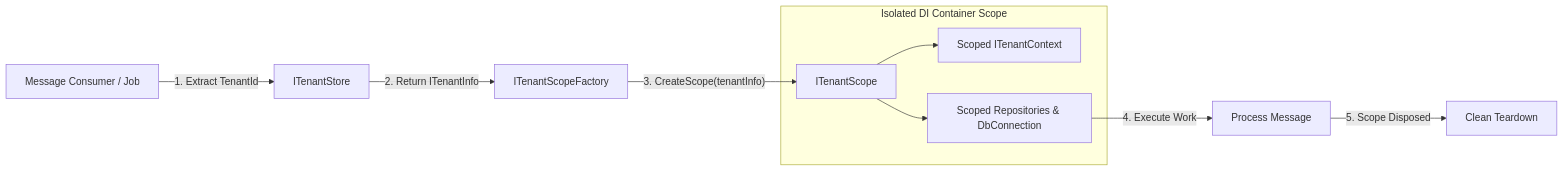
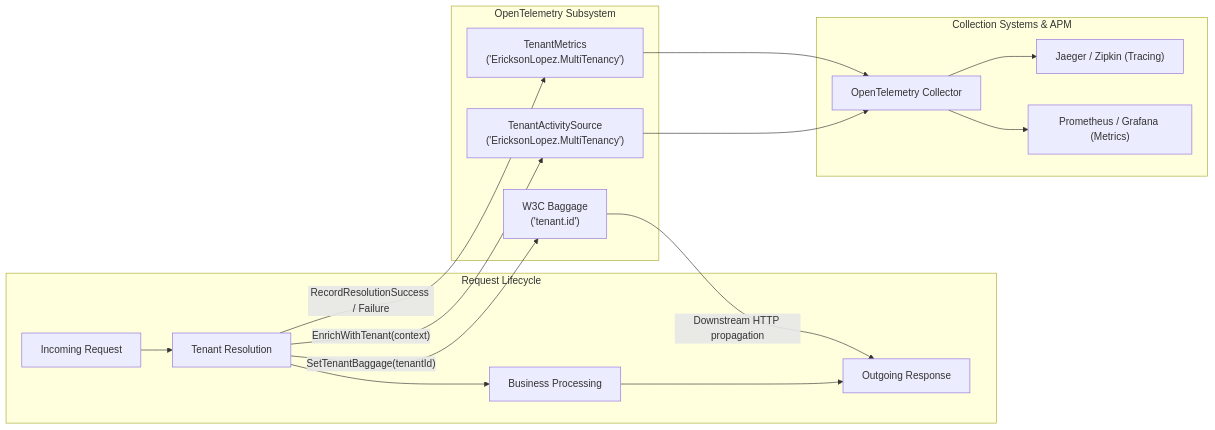
One commit to ericksonlopezf/dotnet-multitenancy changed the sixth of 7 diagrams in docs/diagrams.md. Above: the diagram before and after it, drawn with Mermaid. The commit also changed other lines of this file and 230 other files, not shown here.

Commit message:
feat!: implement multi-tier hierarchy, session invariants, and fail-closed resolution

````diff
--- a/docs/diagrams.md
+++ b/docs/diagrams.md
@@ -116,14 +241,31 @@
 ```mermaid
 flowchart LR
-    Consumer["Message Consumer / Job"] -->|"1. Extract TenantId"| Store["ITenantStore"]
-    Store -->|"2. Return ITenantInfo"| Factory["ITenantScopeFactory"]
-    Factory -->|"3. CreateScope(tenantInfo)"| Scope["ITenantScope"]
-    
-    subgraph IsolatedScope["Isolated DI Container Scope"]
-        Scope --> Context["Scoped ITenantContext"]
-        Scope --> Services["Scoped Repositories & DbConnection"]
+    subgraph Request["Request Lifecycle"]
+        In["Incoming Request"] --> Res["Tenant Resolution"]
+        Res --> Proc["Business Processing"]
+        Proc --> Out["Outgoing Response"]
     end
-    
-    Services -->|"4. Execute Work"| Process["Process Message"]
-    Process -->|"5. Scope Disposed"| Clean["Clean Teardown"]
+
+    subgraph TelemetrySubsystem["OpenTelemetry Subsystem"]
+        Source["TenantActivitySource\n('EricksonLopez.MultiTenancy')"]
+        Metrics["TenantMetrics\n('EricksonLopez.MultiTenancy')"]
+        Baggage["W3C Baggage\n('tenant.id')"]
+    end
+
+    subgraph Collectors["Collection Systems & APM"]
+        OtelCollector["OpenTelemetry Collector"]
+        Jaeger["Jaeger / Zipkin (Tracing)"]
+        Prometheus["Prometheus / Grafana (Metrics)"]
+    end
+
+    Res -->|"EnrichWithTenant(context)"| Source
+    Res -->|"RecordResolutionSuccess / Failure"| Metrics
+    Res -->|"SetTenantBaggage(tenantId)"| Baggage
+
+    Source --> OtelCollector
+    Metrics --> OtelCollector
+    Baggage -->|"Downstream HTTP propagation"| Out
+
+    OtelCollector --> Jaeger
+    OtelCollector --> Prometheus
 ```
````
